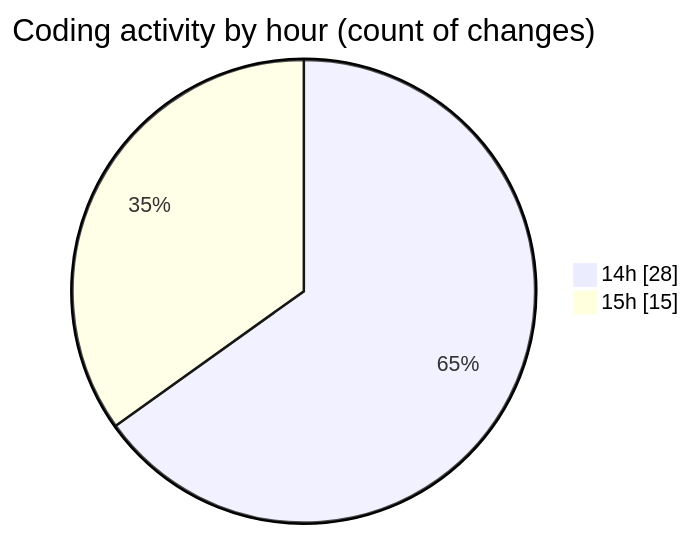
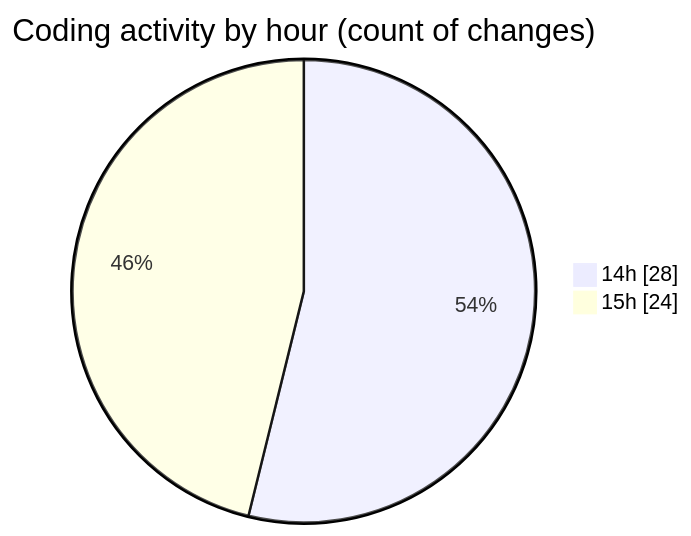
Before and after one commit to momahboobian/code-tracking: the second of 2 diagrams in 2025-03-02/cda/README.md, drawn with Mermaid. The commit also changed other lines of this file and 1 other file, not shown here.

````diff
--- a/2025-03-02/cda/README.md
+++ b/2025-03-02/cda/README.md
@@ -29,6 +34,6 @@
 ```mermaid
 pie showData
 title Coding activity by hour (count of changes)
 "14h" : 28
-"15h" : 15
+"15h" : 24
 ```
````
